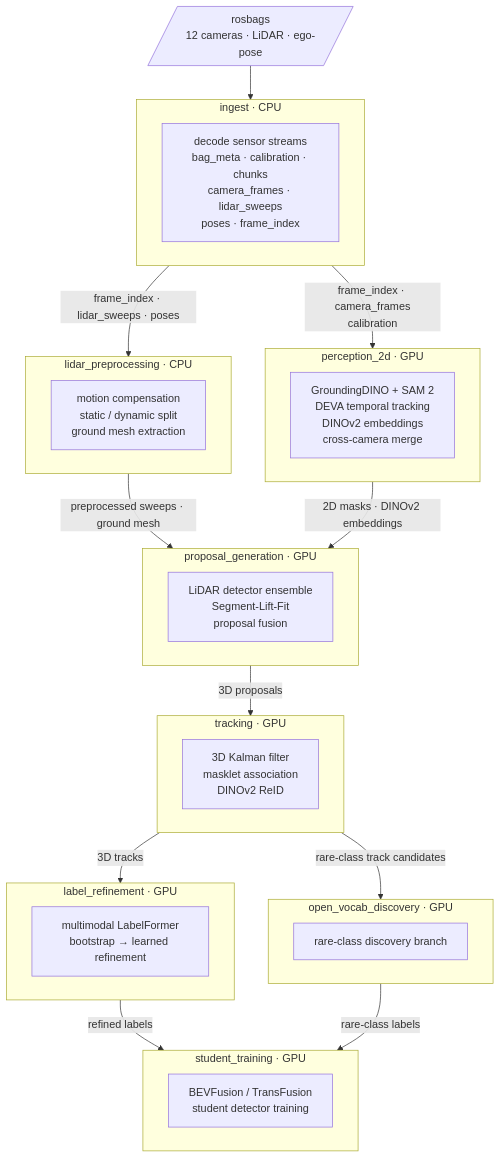
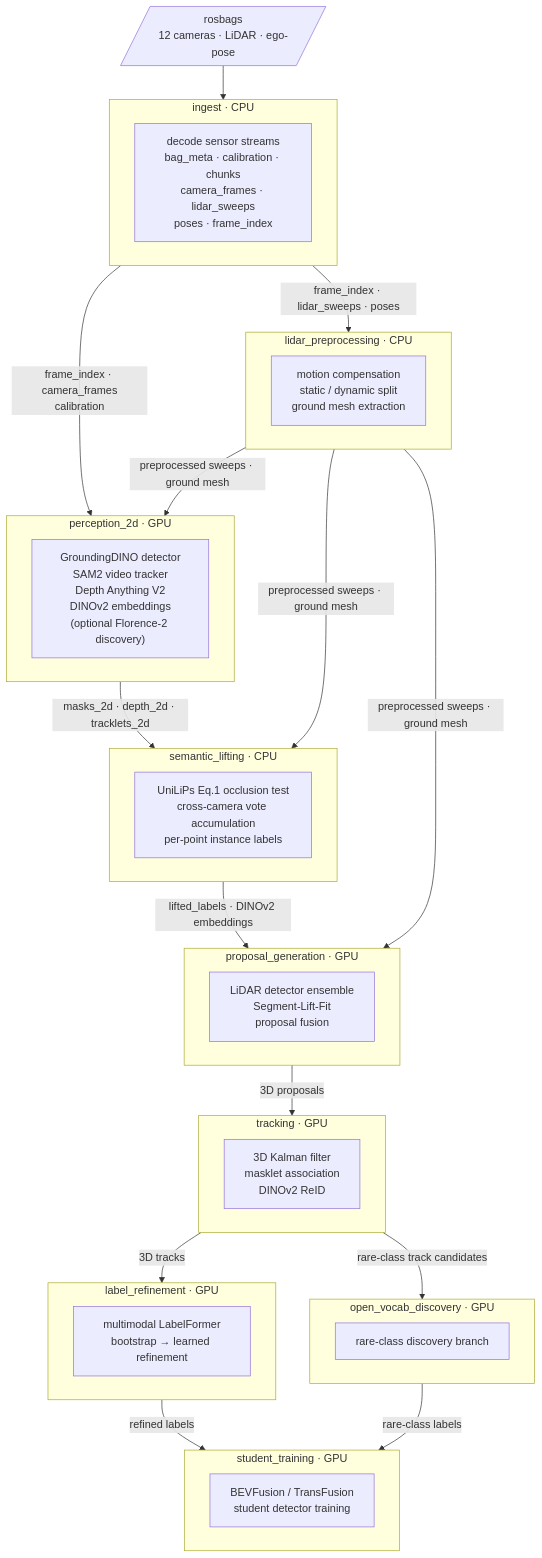
One commit to WATonomous/wato_world changed the diagram in README.md. Above: the diagram before and after it, drawn with Mermaid. The commit also changed other lines of this file and 126 other files, not shown here.

First line of the commit message:
cleanup lidar preprocessing + initial sam2 implementation (#30)

````diff
--- a/README.md
+++ b/README.md
@@ -9,47 +9,54 @@
 ```mermaid
 flowchart TD
     BAG[/"rosbags\n12 cameras · LiDAR · ego-pose"/]
 
     subgraph ingest["ingest  ·  CPU"]
         I["decode sensor streams\nbag_meta · calibration · chunks\ncamera_frames · lidar_sweeps\nposes · frame_index"]
     end
 
     subgraph lidar_prep["lidar_preprocessing  ·  CPU"]
         LP["motion compensation\nstatic / dynamic split\nground mesh extraction"]
     end
 
     subgraph perception_2d["perception_2d  ·  GPU"]
-        P2["GroundingDINO + SAM 2\nDEVA temporal tracking\nDINOv2 embeddings\ncross-camera merge"]
+        P2["GroundingDINO detector\nSAM2 video tracker\nDepth Anything V2\nDINOv2 embeddings\n(optional Florence-2 discovery)"]
+    end
+
+    subgraph semantic_lifting["semantic_lifting  ·  CPU"]
+        SL["UniLiPs Eq.1 occlusion test\ncross-camera vote accumulation\nper-point instance labels"]
     end
 
     subgraph proposal_gen["proposal_generation  ·  GPU"]
         PG["LiDAR detector ensemble\nSegment-Lift-Fit\nproposal fusion"]
     end
 
     subgraph tracking["tracking  ·  GPU"]
         TR["3D Kalman filter\nmasklet association\nDINOv2 ReID"]
     end
 
     subgraph label_ref["label_refinement  ·  GPU"]
         LR["multimodal LabelFormer\nbootstrap → learned refinement"]
     end
 
     subgraph ovd["open_vocab_discovery  ·  GPU"]
         OV["rare-class discovery branch"]
     end
 
     subgraph student["student_training  ·  GPU"]
         ST["BEVFusion / TransFusion\nstudent detector training"]
     end
 
     BAG --> ingest
     ingest -- "frame_index · camera_frames\ncalibration" --> perception_2d
     ingest -- "frame_index · lidar_sweeps · poses" --> lidar_prep
+    lidar_prep -- "preprocessed sweeps · ground mesh" --> perception_2d
+    lidar_prep -- "preprocessed sweeps · ground mesh" --> semantic_lifting
+    perception_2d -- "masks_2d · depth_2d · tracklets_2d" --> semantic_lifting
+    semantic_lifting -- "lifted_labels · DINOv2 embeddings" --> proposal_gen
     lidar_prep -- "preprocessed sweeps · ground mesh" --> proposal_gen
-    perception_2d -- "2D masks · DINOv2 embeddings" --> proposal_gen
     proposal_gen -- "3D proposals" --> tracking
     tracking -- "3D tracks" --> label_ref
     tracking -- "rare-class track candidates" --> ovd
     label_ref -- "refined labels" --> student
     ovd -- "rare-class labels" --> student
 ```
````
